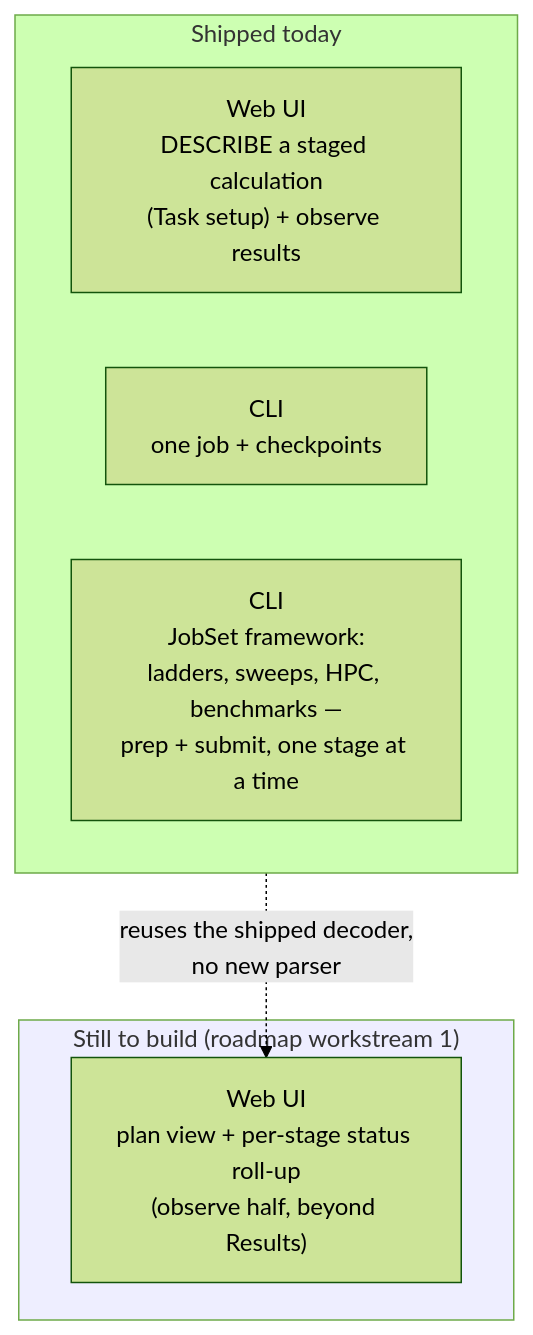
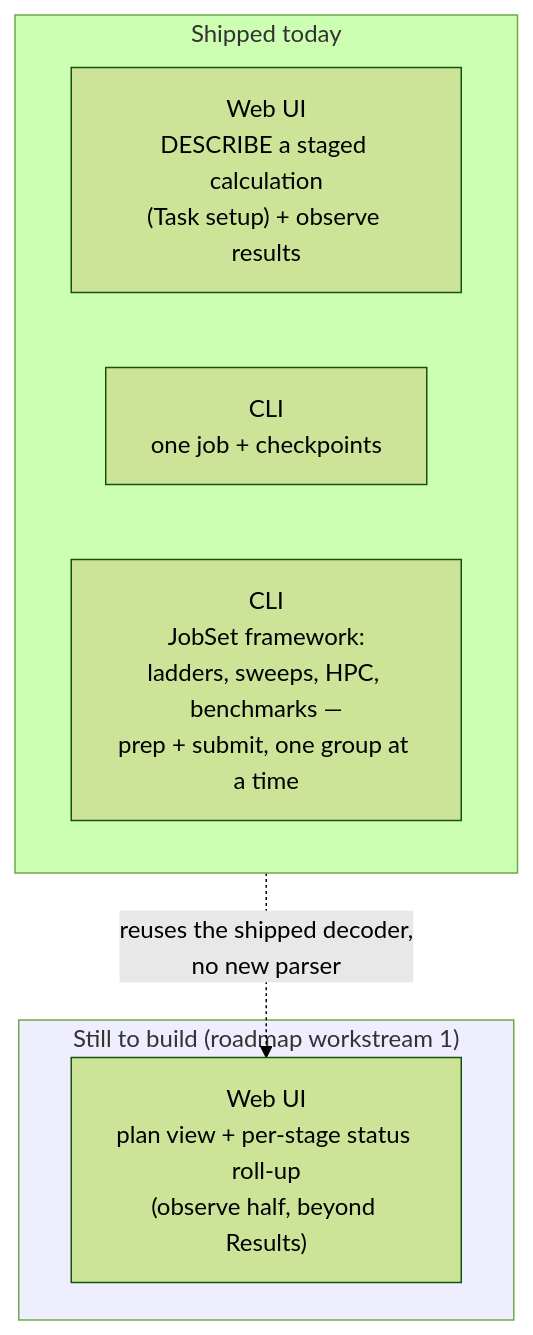
One commit to Qing-LAB/molbuilder changed the second of 2 diagrams in docs/execution/overview.md. Above: the diagram before and after it, drawn with Mermaid (forest theme). The commit also changed other lines of this file and 282 other files, not shown here.

````diff
--- a/docs/execution/overview.md
+++ b/docs/execution/overview.md
@@ -165,15 +165,15 @@
 ```mermaid
 flowchart TB
     subgraph now["Shipped today"]
       direction LR
       WD["Web UI<br/>DESCRIBE a staged calculation<br/>(Task setup) + observe results"]
       CS["CLI<br/>one job + checkpoints"]
-      CJ["CLI<br/>JobSet framework:<br/>ladders, sweeps, HPC, benchmarks —<br/>prep + submit, one stage at a time"]
+      CJ["CLI<br/>JobSet framework:<br/>ladders, sweeps, HPC, benchmarks —<br/>prep + submit, one group at a time"]
     end
     subgraph target["Still to build (roadmap workstream 1)"]
       WJ["Web UI<br/>plan view + per-stage status roll-up<br/>(observe half, beyond Results)"]
     end
     CJ -. "reuses the shipped decoder,<br/>no new parser" .-> WJ
     classDef t fill:#eef;
     class target t;
 ```
````
